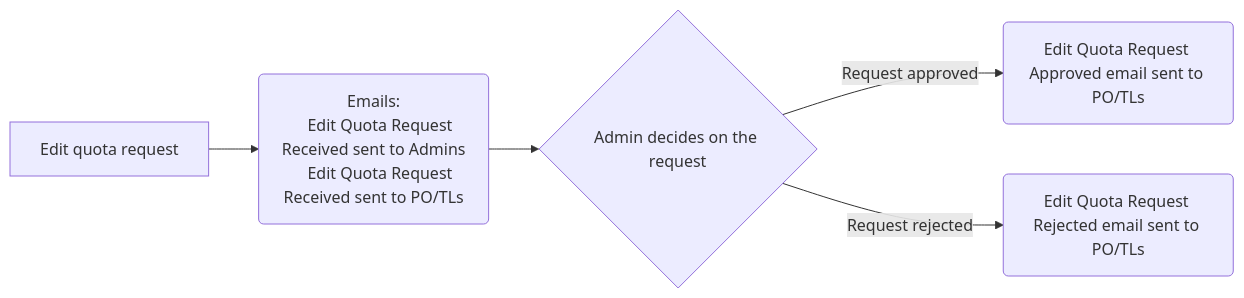
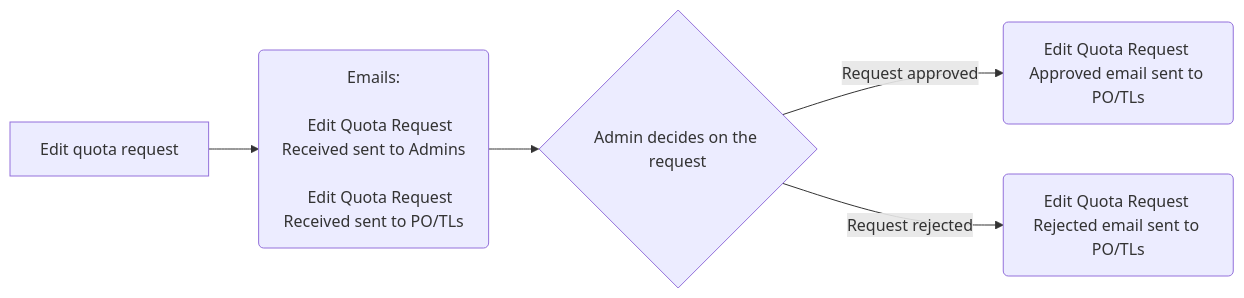
Before and after one commit to bcgov/platform-services-registry: the second of 4 diagrams in docs/email-scenarios.md, drawn with Mermaid. The commit also changed other lines of this file, not shown here.

Commit message:
new line add to mermaid diagram

````diff
--- a/docs/email-scenarios.md
+++ b/docs/email-scenarios.md
@@ -63,10 +63,10 @@
 ```mermaid
 flowchart LR
-    A[Edit quota request] --> B(Emails:
-    Edit Quota Request Received sent to Admins
+    A[Edit quota request] --> B(Emails:<br>
+    Edit Quota Request Received sent to Admins<br>
     Edit Quota Request Received sent to PO/TLs
     )
     B --> C{Admin decides on the request}
     C -->|Request approved| D(Edit Quota Request Approved email sent to PO/TLs)
     C -->|Request rejected| E(Edit Quota Request Rejected email sent to PO/TLs)
 ```
````
